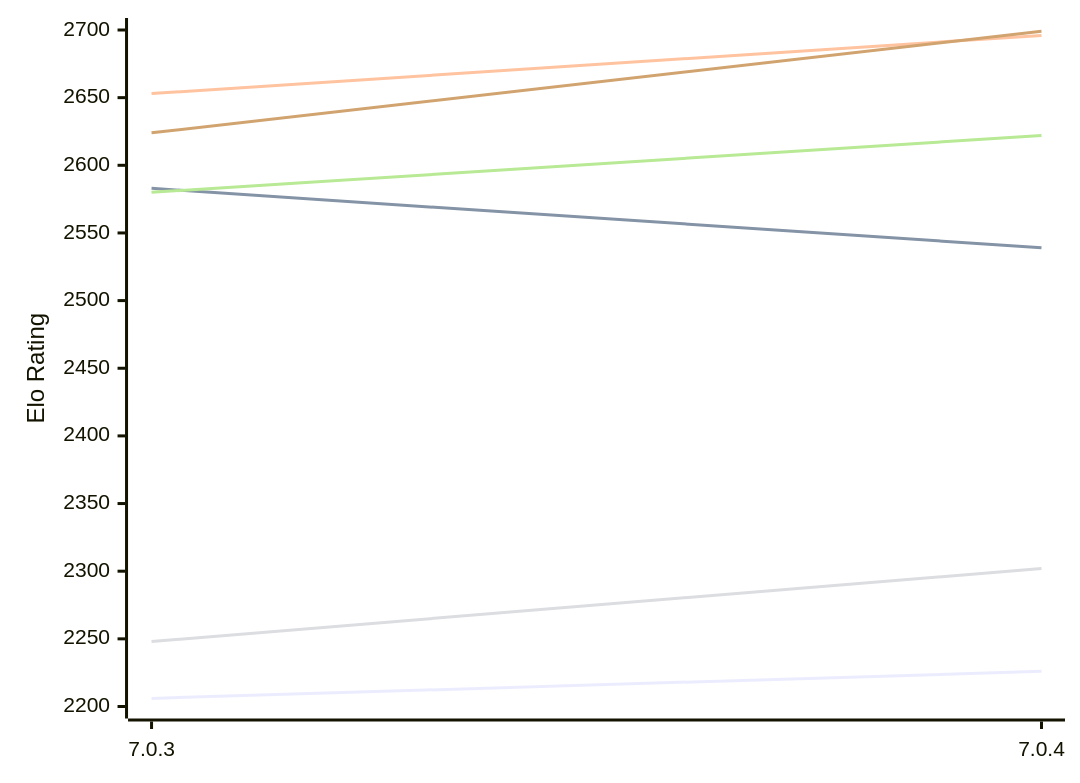
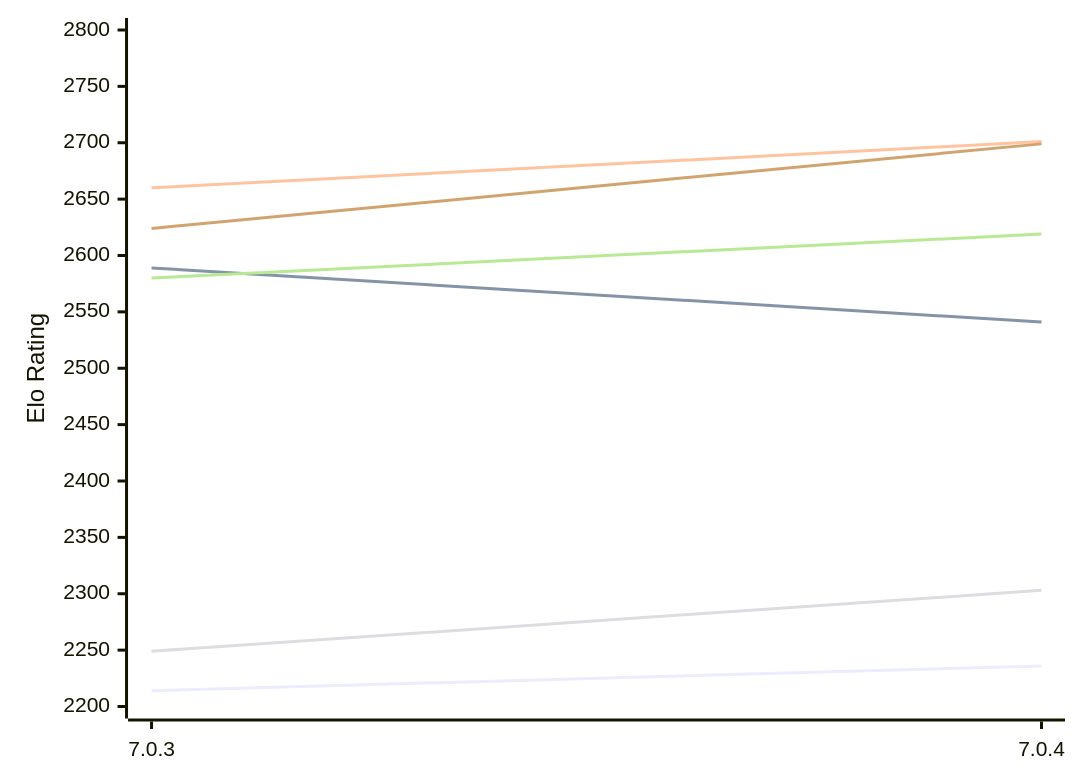
One commit to computer-chess-index/cci changed the diagram in engines/Buster.md. Above: the diagram before and after it, drawn with Mermaid. The commit also changed other lines of this file, not shown here.

Commit message:
Update CCI Ratings (ELO VLTC) - 2026-11-10

````diff
--- a/engines/Buster.md
+++ b/engines/Buster.md
@@ -49,12 +49,12 @@
 ```mermaid
 %%{init: {"theme":"base","themeVariables":{"seriesColors:['#a3a3a3','#222221','#faa371']}}}%%
 xychart-beta
   x-axis ["7.0.3", "7.0.4"]
-  y-axis "Elo Rating" 2200 --> 2700
-  line "E1: STC (8.0+0.08s)" [2206, 2226]
-  line "E1: LTC (60.0+0.60s)" [2583, 2539]
-  line "E1: VLTC (2m24s+1.12s)" [2653, 2696]
-  line "P1: STC (8.0+0.08s)" [2248, 2302]
-  line "P1: LTC (60.0+0.60s)" [2580, 2622]
+  y-axis "Elo Rating" 2200 --> 2800
+  line "E1: STC (8.0+0.08s)" [2214, 2236]
+  line "E1: LTC (60.0+0.60s)" [2589, 2541]
+  line "E1: VLTC (2m24s+1.12s)" [2660, 2701]
+  line "P1: STC (8.0+0.08s)" [2249, 2303]
+  line "P1: LTC (60.0+0.60s)" [2580, 2619]
   line "P1: VLTC (2m24s+1.12s)" [2624, 2699]
 ```
````
